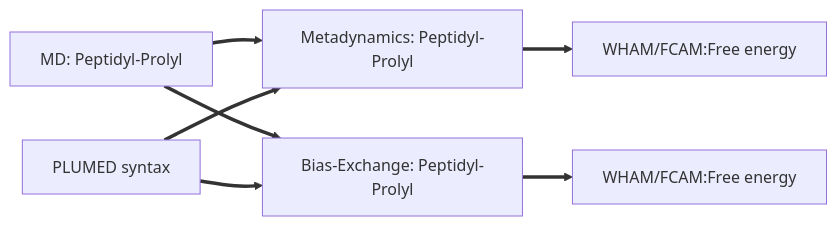
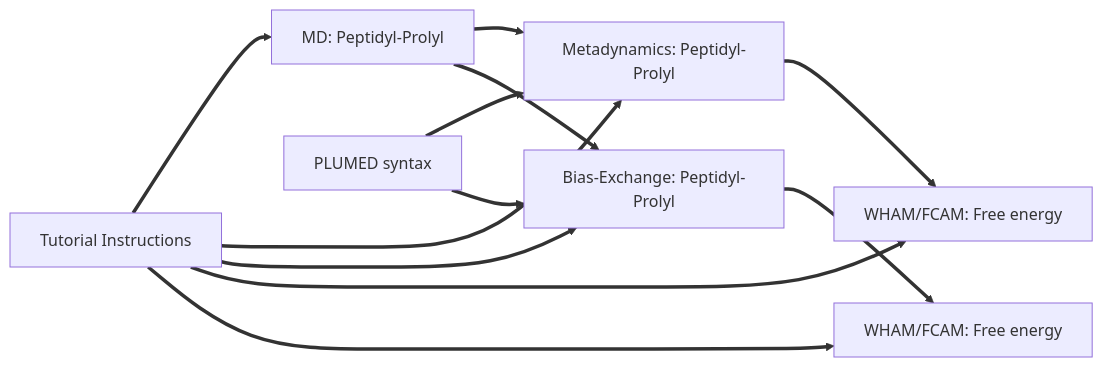
Before and after one commit to fabsugar/plumed-tutorial-be-aapak: the diagram in NAVIGATION.md, drawn with Mermaid.

````diff
--- a/NAVIGATION.md
+++ b/NAVIGATION.md
@@ -1,10 +1,15 @@
 ```mermaid
 flowchart LR
 A[MD: Peptidyl-Prolyl] ==> B[Metadynamics: Peptidyl-Prolyl]
 A[MD: Peptidyl-Prolyl] ==> C[Bias-Exchange: Peptidyl-Prolyl]
 D[PLUMED syntax] ==> B[Metadynamics: Peptidyl-Prolyl]
 D[PLUMED syntax] ==> C[Bias-Exchange: Peptidyl-Prolyl]
-B[Metadynamics: Peptidyl-Prolyl]==>E[WHAM/FCAM:Free energy]
-C[Bias-Exchange: Peptidyl-Prolyl]==>F[WHAM/FCAM:Free energy]
+B[Metadynamics: Peptidyl-Prolyl]==>E[WHAM/FCAM: Free energy]
+C[Bias-Exchange: Peptidyl-Prolyl]==>F[WHAM/FCAM: Free energy]
+G[Tutorial Instructions]==>A[MD: Peptidyl-Prolyl]
+G[Tutorial Instructions]==>B[Metadynamics: Peptidyl-Prolyl]
+G[Tutorial Instructions]==>C[Bias-Exchange: Peptidyl-Prolyl]
+G[Tutorial Instructions]==>E[WHAM/FCAM: Free energy]
+G[Tutorial Instructions]==>F[WHAM/FCAM: Free energy]
 click D "tute" "A tutorial on the basic plumed syntax"
 ```
````
